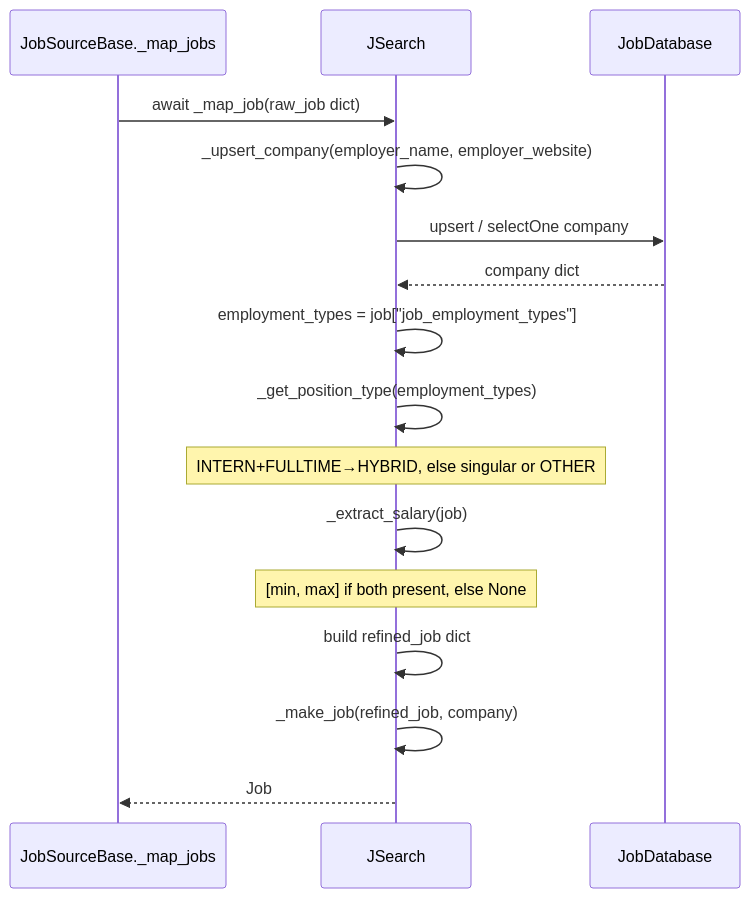
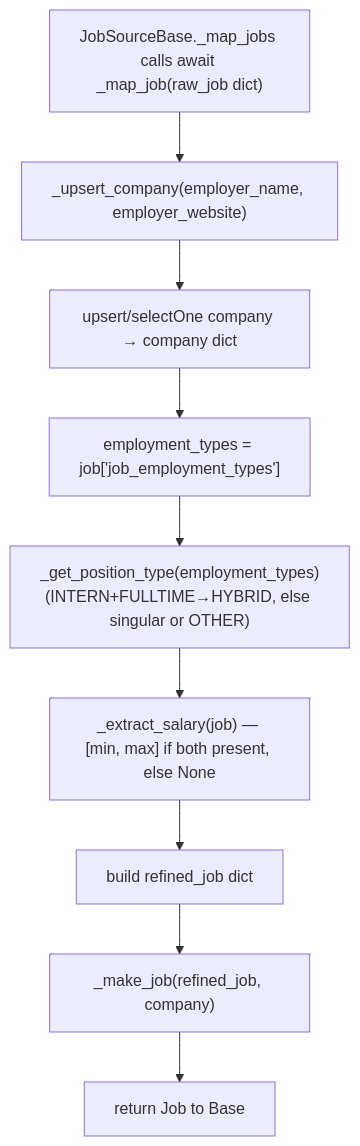
The third of 3 diagrams in docs/diagrams/jsearch_seq.md (AustinDwomoh/libra), drawn with Mermaid before and after one commit. The commit also changed other lines of this file and 17 other files, not shown here.

First line of the commit message:
Convert Mermaid sequences to flowcharts

````diff
--- a/docs/diagrams/jsearch_seq.md
+++ b/docs/diagrams/jsearch_seq.md
@@ -64,24 +33,12 @@
 ```mermaid
-%% sequenceDiagram — _map_job (single raw dict → Job)
-sequenceDiagram
-    participant Base as JobSourceBase._map_jobs
-    participant JS as JSearch
-    participant DB as JobDatabase
-
-    Base->>JS: await _map_job(raw_job dict)
-    JS->>JS: _upsert_company(employer_name, employer_website)
-    JS->>DB: upsert / selectOne company
-    DB-->>JS: company dict
-
-    JS->>JS: employment_types = job["job_employment_types"]
-    JS->>JS: _get_position_type(employment_types)
-    Note over JS: INTERN+FULLTIME→HYBRID, else singular or OTHER
-
-    JS->>JS: _extract_salary(job)
-    Note over JS: [min, max] if both present, else None
-
-    JS->>JS: build refined_job dict
-    JS->>JS: _make_job(refined_job, company)
-    JS-->>Base: Job
-
+%% flowchart — _map_job (single raw dict → Job)
+flowchart TD
+    A["JobSourceBase._map_jobs calls await _map_job(raw_job dict)"] --> B["_upsert_company(employer_name, employer_website)"]
+    B --> C["upsert/selectOne company → company dict"]
+    C --> D["employment_types = job['job_employment_types']"]
+    D --> E["_get_position_type(employment_types)<br/>(INTERN+FULLTIME→HYBRID, else singular or OTHER)"]
+    E --> F["_extract_salary(job) — [min, max] if both present, else None"]
+    F --> G[build refined_job dict]
+    G --> H["_make_job(refined_job, company)"]
+    H --> I[return Job to Base]
 ```
````
